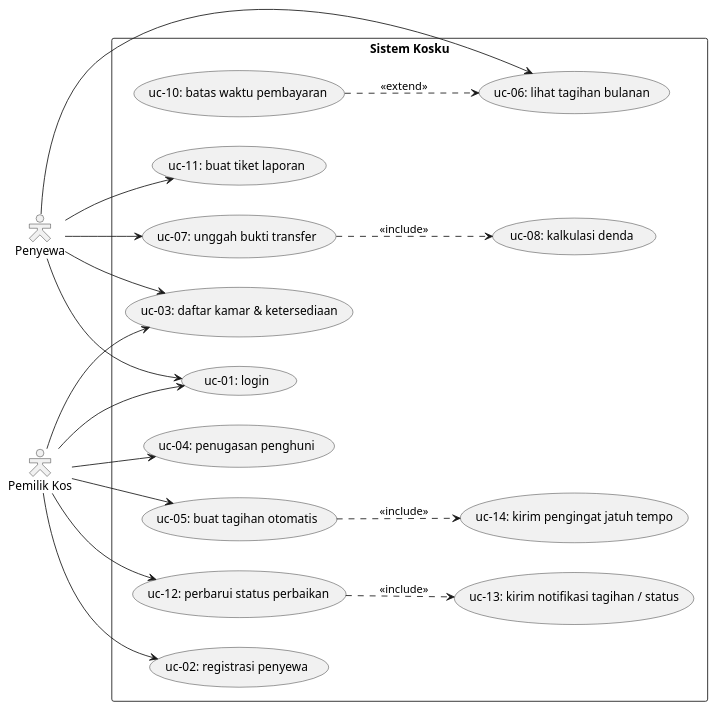
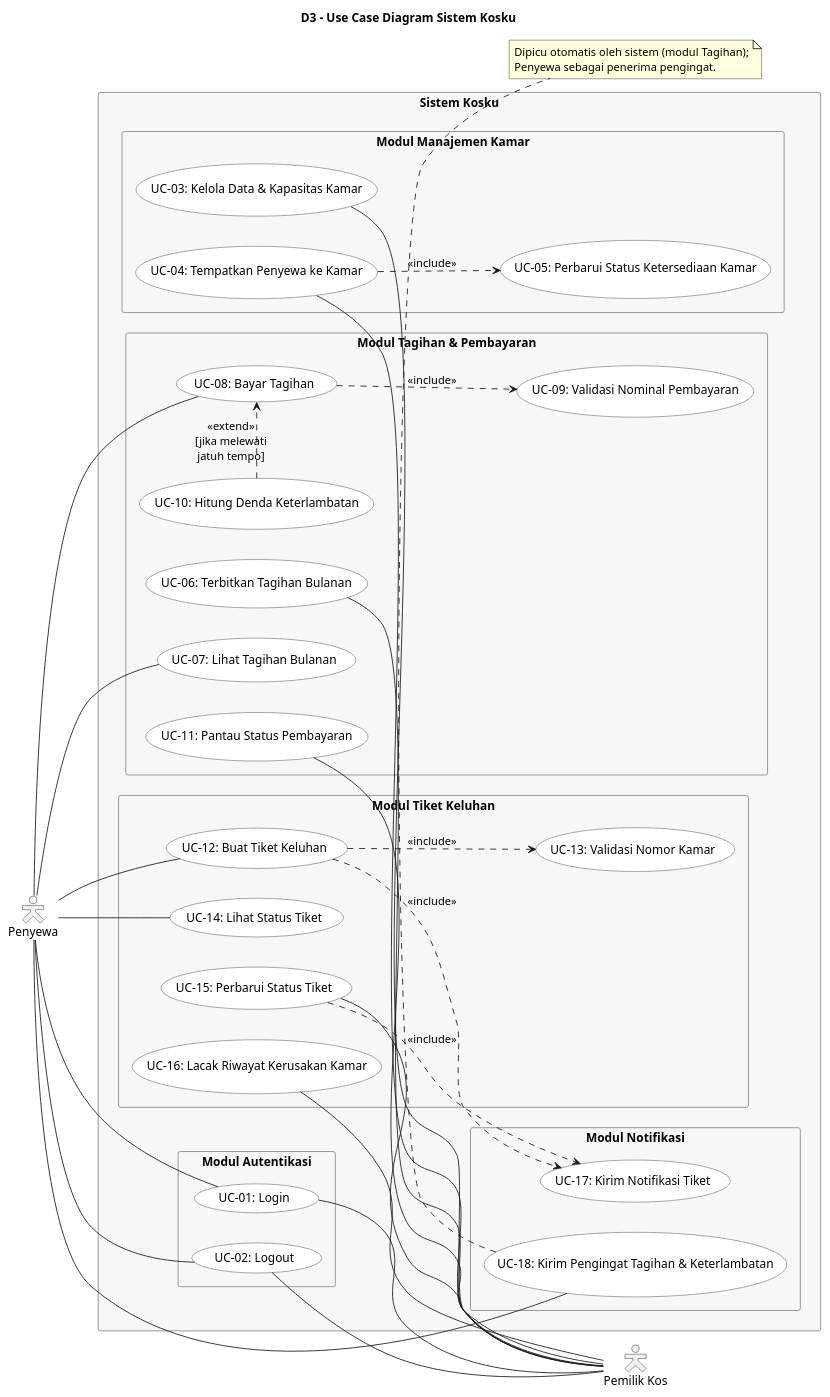
Before and after one commit to RIOU-CODER/kosku: the diagram in docs/diagram/D3_Use_Case/Use_Case_Diagram.puml, drawn with PlantUML.

```diff
--- a/docs/diagram/D3_Use_Case/Use_Case_Diagram.puml
+++ b/docs/diagram/D3_Use_Case/Use_Case_Diagram.puml
@@ -2,54 +1,89 @@
 @startuml
+title D3 - Use Case Diagram Sistem Kosku
 left to right direction
 skinparam packageStyle rectangle
 skinparam shadowing false
 skinparam actorStyle hollow
+skinparam usecase {
+    BackgroundColor #FFFFFF
+    BorderColor #333333
+}
+skinparam package {
+    BackgroundColor #F7F7F7
+    BorderColor #888888
+}
 
-' Aktor
+' ===== Aktor (sesuai D1: Target Pengguna) =====
 actor "Penyewa" as Penyewa
 actor "Pemilik Kos" as Pemilik
 
 rectangle "Sistem Kosku" {
-    ' Manajemen Akun & Kamar
-    usecase "uc-01: login" as uc1
-    usecase "uc-02: registrasi penyewa" as uc2
-    usecase "uc-03: daftar kamar & ketersediaan" as uc3
-    
-    ' Pengelolaan Pemilik Kos
-    usecase "uc-04: penugasan penghuni" as uc4
-    usecase "uc-05: buat tagihan otomatis" as uc5
-    usecase "uc-12: perbarui status perbaikan" as uc12
-    
-    ' Aktivitas & Keuangan Penyewa
-    usecase "uc-06: lihat tagihan bulanan" as uc6
-    usecase "uc-07: unggah bukti transfer" as uc7
-    usecase "uc-08: kalkulasi denda" as uc8
-    usecase "uc-10: batas waktu pembayaran" as uc10
-    usecase "uc-11: buat tiket laporan" as uc11
-    
-    ' Use Case Notifikasi (Tambahan Baru)
-    usecase "uc-13: kirim notifikasi tagihan / status" as uc13
-    usecase "uc-14: kirim pengingat jatuh tempo" as uc14
+
+    package "Modul Autentikasi" {
+        usecase "UC-01: Login" as UC01
+        usecase "UC-02: Logout" as UC02
+    }
+
+    package "Modul Manajemen Kamar" {
+        usecase "UC-03: Kelola Data & Kapasitas Kamar" as UC03
+        usecase "UC-04: Tempatkan Penyewa ke Kamar" as UC04
+        usecase "UC-05: Perbarui Status Ketersediaan Kamar" as UC05
+    }
+
+    package "Modul Tagihan & Pembayaran" {
+        usecase "UC-06: Terbitkan Tagihan Bulanan" as UC06
+        usecase "UC-07: Lihat Tagihan Bulanan" as UC07
+        usecase "UC-08: Bayar Tagihan" as UC08
+        usecase "UC-09: Validasi Nominal Pembayaran" as UC09
+        usecase "UC-10: Hitung Denda Keterlambatan" as UC10
+        usecase "UC-11: Pantau Status Pembayaran" as UC11
+    }
+
+    package "Modul Tiket Keluhan" {
+        usecase "UC-12: Buat Tiket Keluhan" as UC12
+        usecase "UC-13: Validasi Nomor Kamar" as UC13
+        usecase "UC-14: Lihat Status Tiket" as UC14
+        usecase "UC-15: Perbarui Status Tiket" as UC15
+        usecase "UC-16: Lacak Riwayat Kerusakan Kamar" as UC16
+    }
+
+    package "Modul Notifikasi" {
+        usecase "UC-17: Kirim Notifikasi Tiket" as UC17
+        usecase "UC-18: Kirim Pengingat Tagihan & Keterlambatan" as UC18
+    }
 }
 
-' Relasi Aktor Penyewa
-Penyewa --> uc1
-Penyewa --> uc3
-Penyewa --> uc6
-Penyewa --> uc7
-Penyewa --> uc11
+' ===== Asosiasi: Penyewa =====
+Penyewa -- UC01
+Penyewa -- UC02
+Penyewa -- UC07
+Penyewa -- UC08
+Penyewa -- UC12
+Penyewa -- UC14
+Penyewa -- UC18
 
-' Relasi Aktor Pemilik Kos
-Pemilik --> uc1
-Pemilik --> uc2
-Pemilik --> uc3
-Pemilik --> uc4
-Pemilik --> uc5
-Pemilik --> uc12
+' ===== Asosiasi: Pemilik Kos =====
+UC01 -- Pemilik
+UC02 -- Pemilik
+UC03 -- Pemilik
+UC04 -- Pemilik
+UC06 -- Pemilik
+UC11 -- Pemilik
+UC15 -- Pemilik
+UC16 -- Pemilik
 
-' Relasi Antar Use Case (Include & Extend)
-uc7 ..> uc8 : "<<include>>"
-uc10 ..> uc6 : "<<extend>>"
-uc5 ..> uc14 : "<<include>>"
-uc12 ..> uc13 : "<<include>>"
+' ===== Relasi <<include>> (wajib selalu dijalankan oleh use case dasar) =====
+UC04 ..> UC05 : <<include>>
+UC08 ..> UC09 : <<include>>
+UC12 ..> UC13 : <<include>>
+UC12 ..> UC17 : <<include>>
+UC15 ..> UC17 : <<include>>
+
+' ===== Relasi <<extend>> (opsional / bersyarat) =====
+UC10 .> UC08 : <<extend>>\n[jika melewati\njatuh tempo]
+
+note bottom of UC18
+  Dipicu otomatis oleh sistem (modul Tagihan);
+  Penyewa sebagai penerima pengingat.
+end note
 @enduml
```
